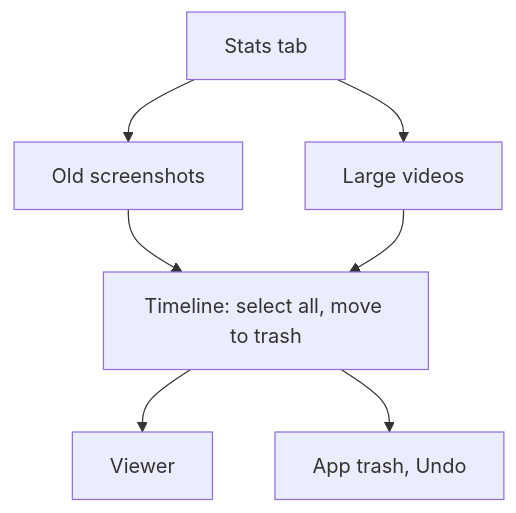
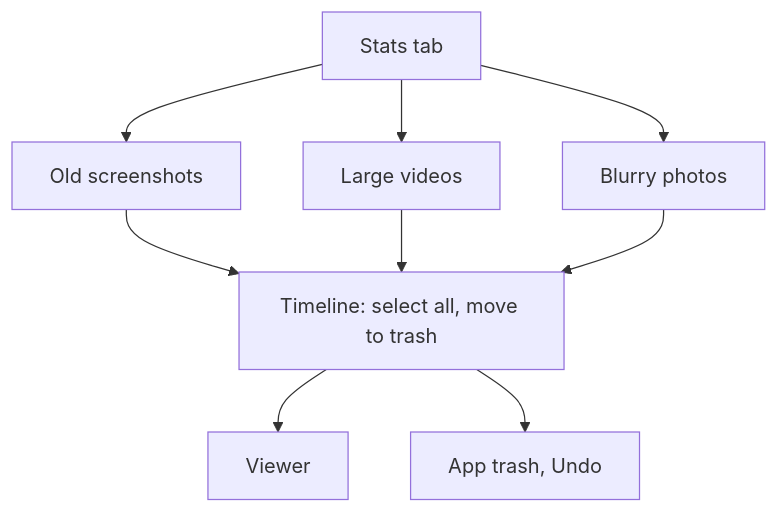
The diagram in docs/features/cleanup.md (Bichoumac/Clean-Gallery), drawn with Mermaid before and after one commit. The commit also changed other lines of this file and 40 other files, not shown here.

First line of the commit message:
M5 part 2: blurry and dark photos

````diff
--- a/docs/features/cleanup.md
+++ b/docs/features/cleanup.md
@@ -21,7 +22,8 @@
 ```mermaid
 flowchart TD
     S[Stats tab] --> O[Old screenshots] --> T[Timeline: select all, move to trash]
     S --> L[Large videos] --> T
+    S --> B[Blurry photos] --> T
     T --> V[Viewer]
     T --> R[App trash, Undo]
 ```
````
